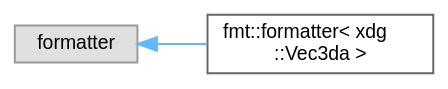
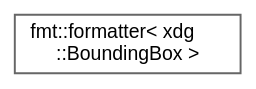
Before and after one commit to xdg-org/xdg: the diagram in inherit_graph_1.dot, drawn with Graphviz. The commit also changed 29 other files, not shown here.

```diff
--- a/inherit_graph_1.dot
+++ b/inherit_graph_1.dot
@@ -1,11 +1,9 @@
 digraph "Graphical Class Hierarchy"
 {
  // LATEX_PDF_SIZE
   bgcolor="transparent";
   edge [fontname=Helvetica,fontsize=10,labelfontname=Helvetica,labelfontsize=10];
   node [fontname=Helvetica,fontsize=10,shape=box,height=0.2,width=0.4];
   rankdir="LR";
-  Node0 [id="Node000000",label="formatter",height=0.2,width=0.4,color="grey60", fillcolor="#E0E0E0", style="filled",tooltip=" "];
-  Node0 -> Node1 [id="edge1_Node000000_Node000001",dir="back",color="steelblue1",style="solid",tooltip=" "];
-  Node1 [id="Node000001",label="fmt::formatter\< xdg\l::Vec3da \>",height=0.2,width=0.4,color="grey40", fillcolor="white", style="filled",URL="$structfmt_1_1formatter_3_01xdg_1_1Vec3da_01_4.html",tooltip=" "];
+  Node0 [id="Node000000",label="fmt::formatter\< xdg\l::BoundingBox \>",height=0.2,width=0.4,color="grey40", fillcolor="white", style="filled",URL="$structfmt_1_1formatter_3_01xdg_1_1BoundingBox_01_4.html",tooltip=" "];
 }
```
